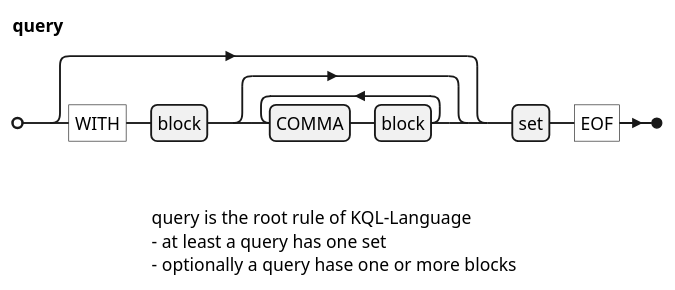
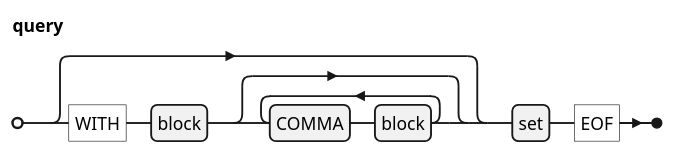
Before and after one commit to koryki-java/core: the diagram in docs/kql/query.plantuml, drawn with PlantUML. The commit also changed 6 other files, not shown here.

```diff
--- a/docs/kql/query.plantuml
+++ b/docs/kql/query.plantuml
@@ -1,18 +1,11 @@
 @startebnf
 ' border and background
 skinparam legendBorderColor transparent
 skinparam legendBackgroundColor white
 
 'title query
 
 query =
     ["WITH", block, {COMMA, block}], set, "EOF"
 ;
-
-legend bottom
-
-  query is the root rule of KQL-Language
-  - at least a query has one set
-  - optionally a query hase one or more blocks
-end legend
 @endebnf
```
